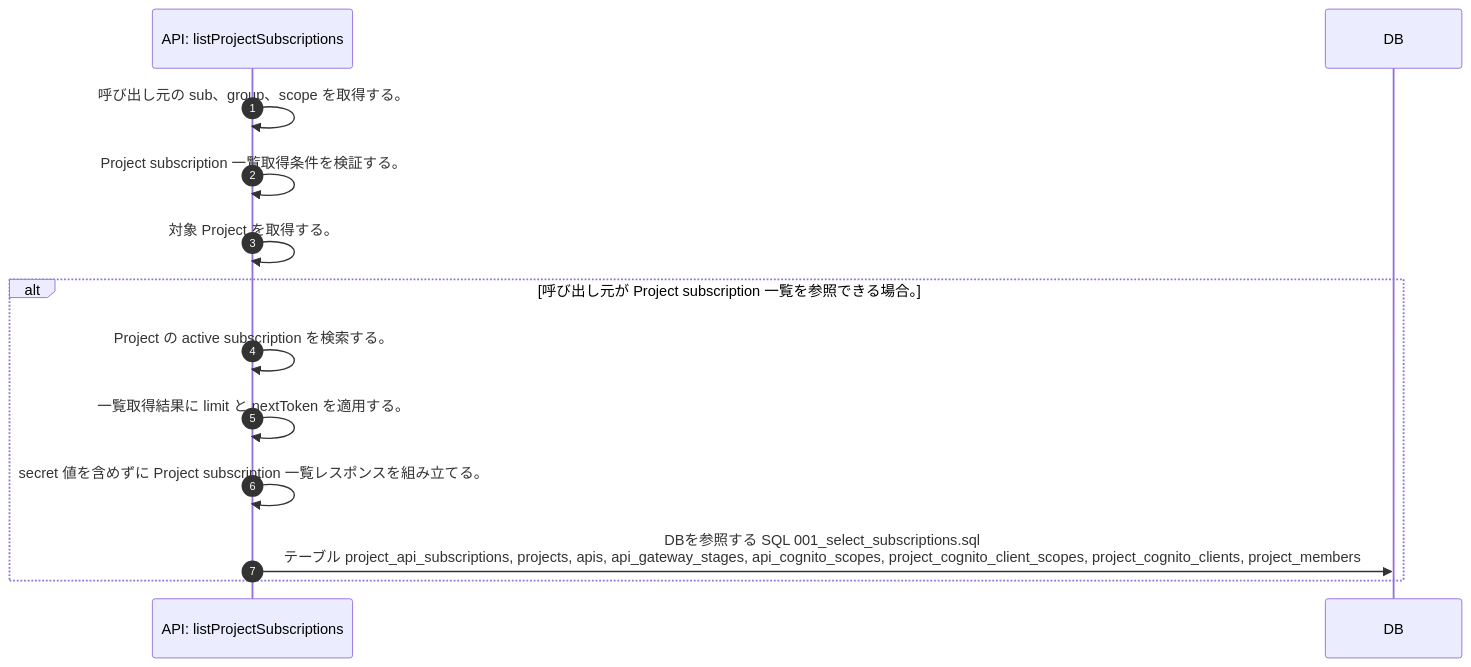
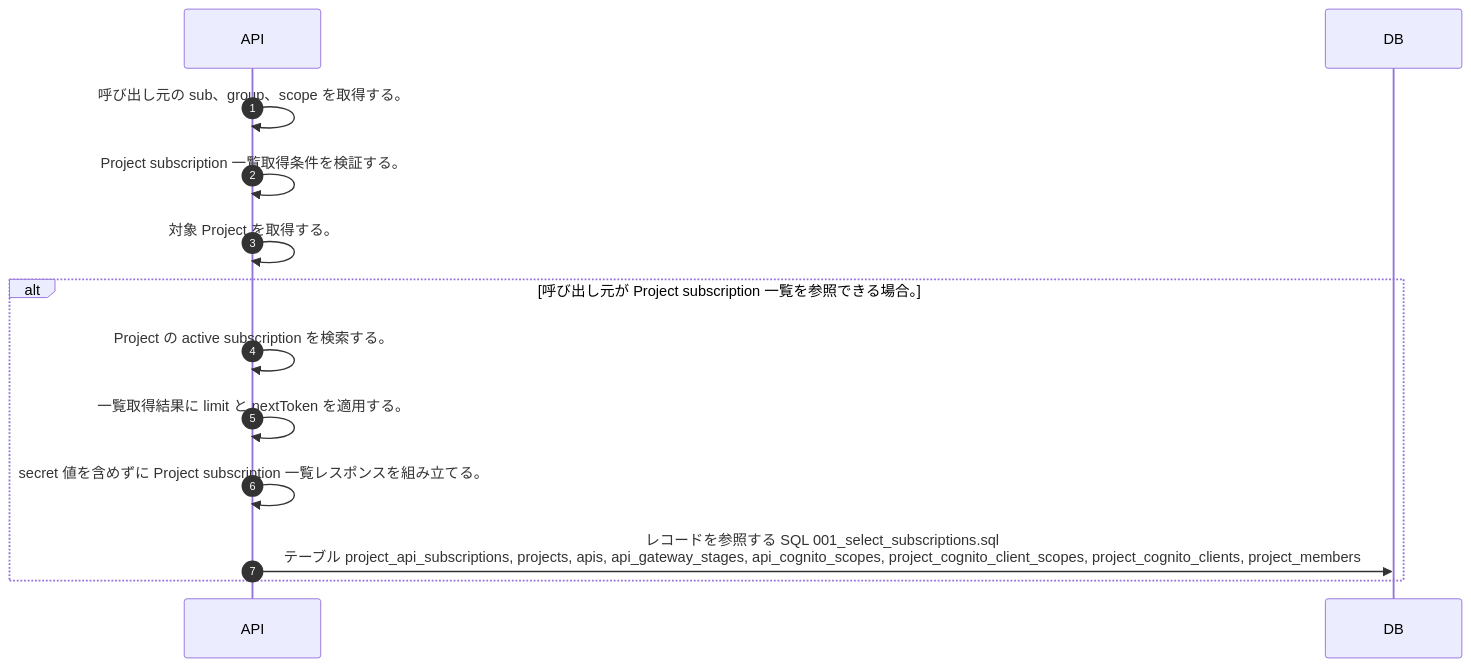
Before and after one commit to tsuji-tomonori/lazunex: the diagram in docs/spec/40.apis/projects/list_project_subscriptions/sequence_gen.md, drawn with Mermaid. The commit also changed 15 other files, not shown here.

First line of the commit message:
🐛 fix(api): sequenceのAPI名とDB操作表現を修正

````diff
--- a/docs/spec/40.apis/projects/list_project_subscriptions/sequence_gen.md
+++ b/docs/spec/40.apis/projects/list_project_subscriptions/sequence_gen.md
@@ -5,15 +5,15 @@
 ```mermaid
 sequenceDiagram
   autonumber
-  participant API as API: listProjectSubscriptions
+  participant API as API
   participant DB as DB
   API->>API: 呼び出し元の sub、group、scope を取得する。
   API->>API: Project subscription 一覧取得条件を検証する。
   API->>API: 対象 Project を取得する。
   alt 呼び出し元が Project subscription 一覧を参照できる場合。
     API->>API: Project の active subscription を検索する。
     API->>API: 一覧取得結果に limit と nextToken を適用する。
     API->>API: secret 値を含めずに Project subscription 一覧レスポンスを組み立てる。
-    API->>DB: DBを参照する SQL 001_select_subscriptions.sql<br/>テーブル project_api_subscriptions, projects, apis, api_gateway_stages, api_cognito_scopes, project_cognito_client_scopes, project_cognito_clients, project_members
+    API->>DB: レコードを参照する SQL 001_select_subscriptions.sql<br/>テーブル project_api_subscriptions, projects, apis, api_gateway_stages, api_cognito_scopes, project_cognito_client_scopes, project_cognito_clients, project_members
   end
 ```
````
